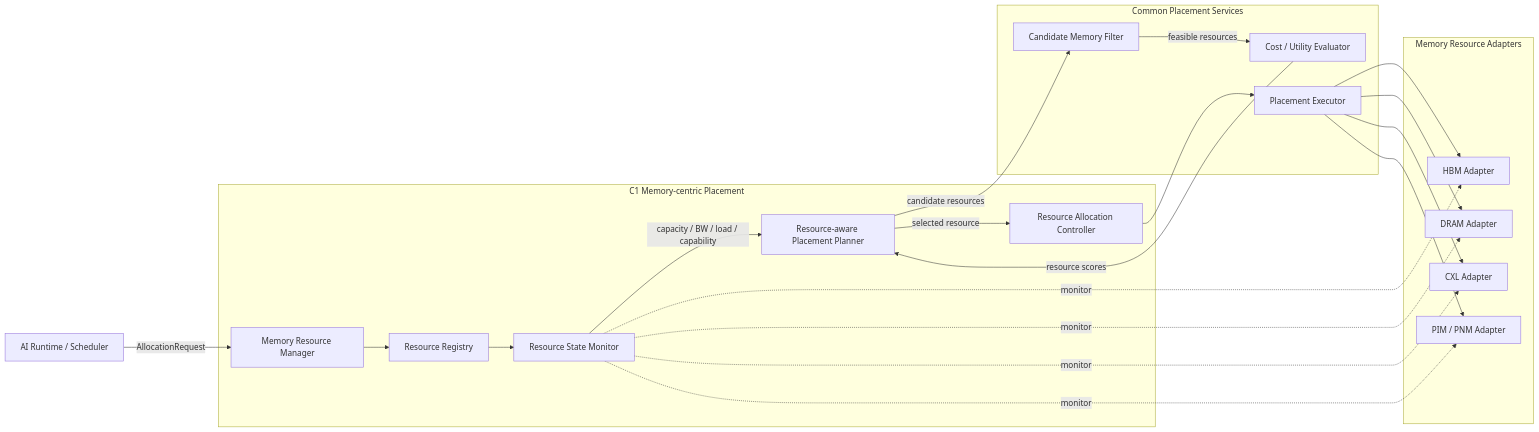
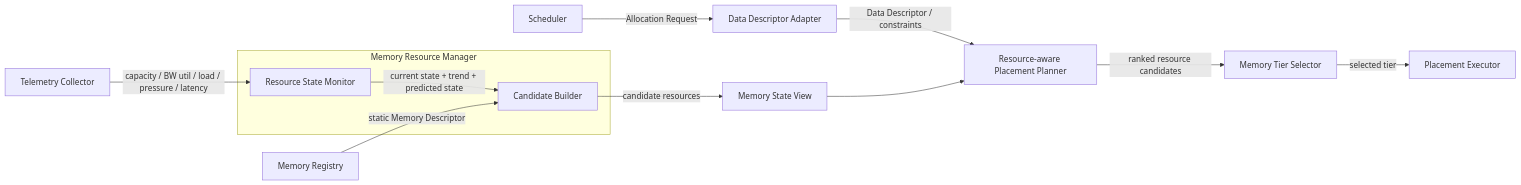
The second of 11 diagrams in doc-architect/dp1-data-placement-uml-rendered.md (mkim0628/vllm), drawn with Mermaid before and after one commit. The commit also changed other lines of this file, not shown here.

Commit message:
Update DP1 UML for Resource State Monitor and data-centric classifier/runtime monitor flow

````diff
--- a/doc-architect/dp1-data-placement-uml-rendered.md
+++ b/doc-architect/dp1-data-placement-uml-rendered.md
@@ -82,44 +70,29 @@
 ```mermaid
 flowchart LR
-    RT[AI Runtime / Scheduler]
+    SCH[Scheduler]
+    DDA[Data Descriptor Adapter]
+    TC[Telemetry Collector]
+    MR[Memory Registry]
 
-    subgraph C1[C1 Memory-centric Placement]
-        MRM[Memory Resource Manager]
-        RR[Resource Registry]
+    subgraph MRM[Memory Resource Manager]
         RSM[Resource State Monitor]
-        RPP[Resource-aware Placement Planner]
-        RAC[Resource Allocation Controller]
+        CB[Candidate Builder]
     end
 
-    subgraph COMMON[Common Placement Services]
-        CF[Candidate Memory Filter]
-        CE[Cost / Utility Evaluator]
-        EX[Placement Executor]
-    end
+    MSV[Memory State View]
+    RPP[Resource-aware Placement Planner]
+    MTS[Memory Tier Selector]
+    EX[Placement Executor]
 
-    subgraph ADAPT[Memory Resource Adapters]
-        HBM[HBM Adapter]
-        DRAM[DRAM Adapter]
-        CXL[CXL Adapter]
-        PIM[PIM / PNM Adapter]
-    end
+    SCH -->|Allocation Request| DDA
+    DDA -->|Data Descriptor / constraints| RPP
 
-    RT -->|AllocationRequest| MRM
-    MRM --> RR
-    RR --> RSM
-    RSM -->|capacity / BW / load / capability| RPP
-    RPP -->|candidate resources| CF
-    CF -->|feasible resources| CE
-    CE -->|resource scores| RPP
-    RPP -->|selected resource| RAC
-    RAC --> EX
-    EX --> HBM
-    EX --> DRAM
-    EX --> CXL
-    EX --> PIM
+    TC -->|capacity / BW util / load / pressure / latency| RSM
+    RSM -->|current state + trend + predicted state| CB
+    MR -->|static Memory Descriptor| CB
 
-    RSM -. monitor .-> HBM
-    RSM -. monitor .-> DRAM
-    RSM -. monitor .-> CXL
-    RSM -. monitor .-> PIM
+    CB -->|candidate resources| MSV
+    MSV --> RPP
+    RPP -->|ranked resource candidates| MTS
+    MTS -->|selected tier| EX
 ```
````
